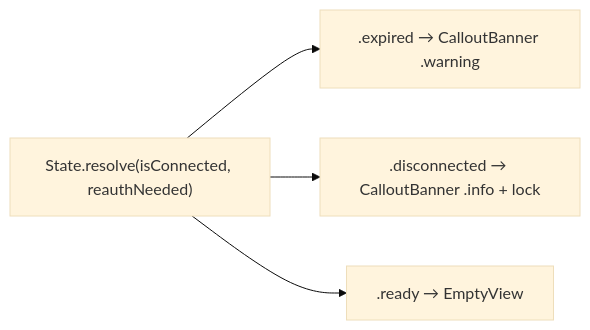
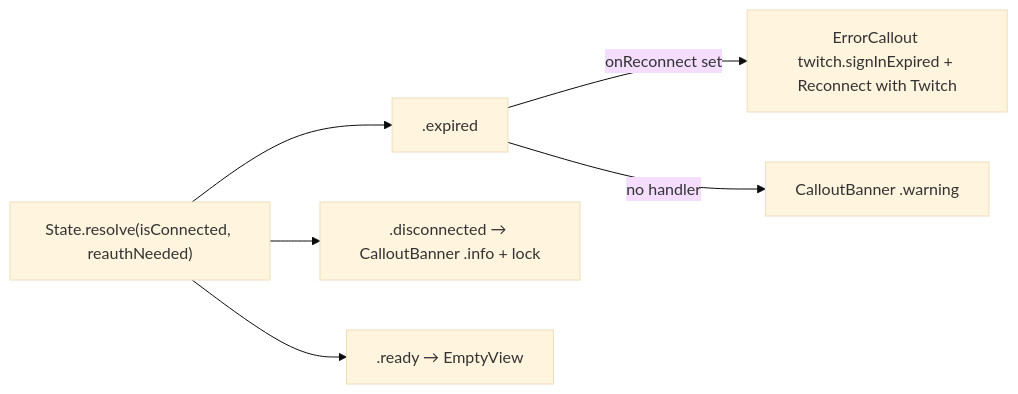
Before and after one commit to MrDemonWolf/wolfwave: the diagram in design-system/components/twitch-connection-notice.md, drawn with Mermaid (base theme). The commit also changed other lines of this file and 41 other files, not shown here.

First line of the commit message:
Shared RetryAfter, split oversized Twitch files, design-system lint rules, reconnect from expired notices (#497)

````diff
--- a/design-system/components/twitch-connection-notice.md
+++ b/design-system/components/twitch-connection-notice.md
@@ -39,6 +43,8 @@
 ```mermaid
 graph LR
-  Resolve["State.resolve(isConnected, reauthNeeded)"] --> Expired[".expired → CalloutBanner .warning"]
+  Resolve["State.resolve(isConnected, reauthNeeded)"] --> Expired[".expired"]
+  Expired -->|onReconnect set| Callout["ErrorCallout twitch.signInExpired + Reconnect with Twitch"]
+  Expired -->|no handler| Note["CalloutBanner .warning"]
   Resolve --> Disconnected[".disconnected → CalloutBanner .info + lock"]
   Resolve --> Ready[".ready → EmptyView"]
 ```
````
